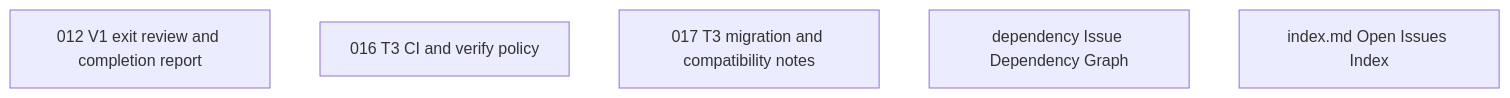
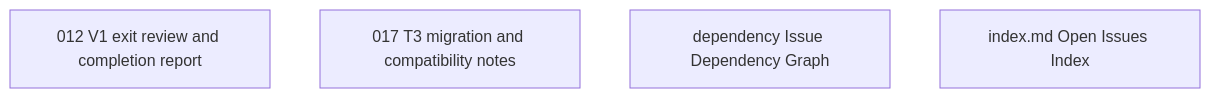
The diagram in issues/open/dependency-graph.md (wogikaze/arukellt), drawn with Mermaid before and after one commit. The commit also changed other lines of this file and 3 other files, not shown here.

First line of the commit message:
016: Document T3 CI and verify policy

````diff
--- a/issues/open/dependency-graph.md
+++ b/issues/open/dependency-graph.md
@@ -7,8 +7,7 @@
 ```mermaid
 graph TD
   I012["012 V1 exit review and completion report"]
-  I016["016 T3 CI and verify policy"]
   I017["017 T3 migration and compatibility notes"]
   Idependency["dependency Issue Dependency Graph"]
   Iindex.md["index.md Open Issues Index"]
 ```
````
